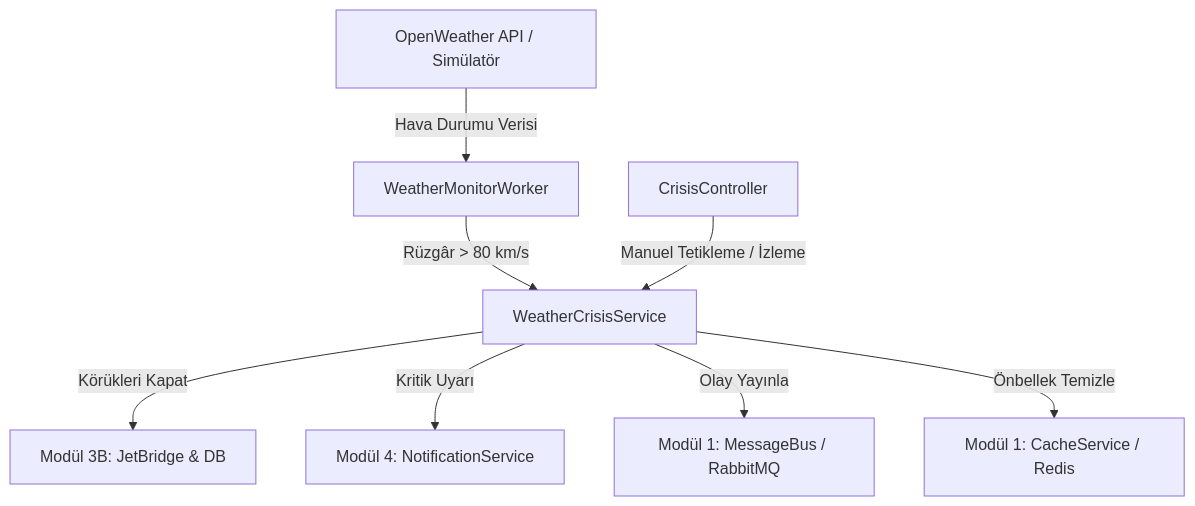
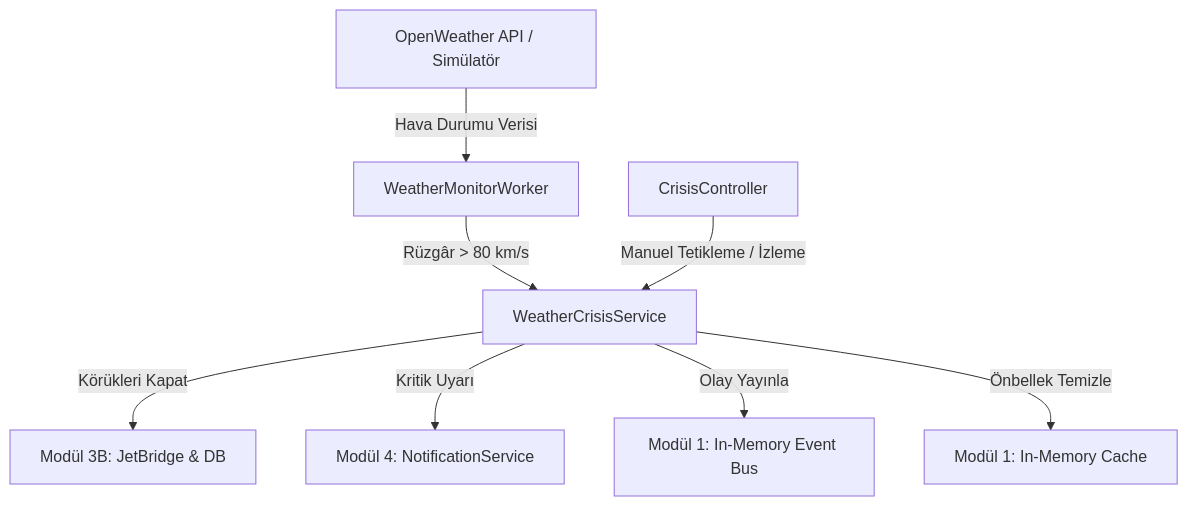
One commit to huseyinemirbayrak/Aeropulse changed the diagram in docs/Modul-7-Aciklama.md. Above: the diagram before and after it, drawn with Mermaid. The commit also changed other lines of this file and 103 other files, not shown here.

````diff
--- a/docs/Modul-7-Aciklama.md
+++ b/docs/Modul-7-Aciklama.md
@@ -109,10 +109,10 @@
 ```mermaid
 graph TD
     API[OpenWeather API / Simülatör] -->|Hava Durumu Verisi| Worker[WeatherMonitorWorker]
     Worker -->|Rüzgâr > 80 km/s| CrisisService[WeatherCrisisService]
     CrisisService -->|Körükleri Kapat| Modul3B[Modül 3B: JetBridge & DB]
     CrisisService -->|Kritik Uyarı| Modul4[Modül 4: NotificationService]
-    CrisisService -->|Olay Yayınla| RabbitMQ[Modül 1: MessageBus / RabbitMQ]
-    CrisisService -->|Önbellek Temizle| Redis[Modül 1: CacheService / Redis]
+    CrisisService -->|Olay Yayınla| EventBus[Modül 1: In-Memory Event Bus]
+    CrisisService -->|Önbellek Temizle| Cache[Modül 1: In-Memory Cache]
     Controller[CrisisController] -->|Manuel Tetikleme / İzleme| CrisisService
 ```
````
